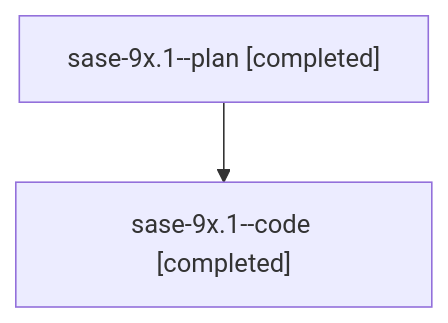
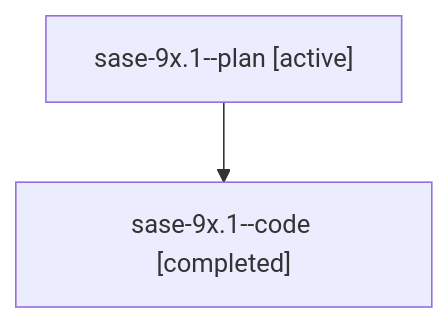
One commit to sase-org/sase--agents changed the diagram in families/bbugyi200.athena.sase-9x.1.md. Above: the diagram before and after it, drawn with Mermaid. The commit also changed other lines of this file and 8679 other files, not shown here.

````diff
--- a/families/bbugyi200.athena.sase-9x.1.md
+++ b/families/bbugyi200.athena.sase-9x.1.md
@@ -9,6 +9,6 @@
 ```mermaid
 flowchart TD
-  n0["sase-9x.1--plan [completed]"]
+  n0["sase-9x.1--plan [active]"]
   n1["sase-9x.1--code [completed]"]
   n0 --> n1
 ```
````
